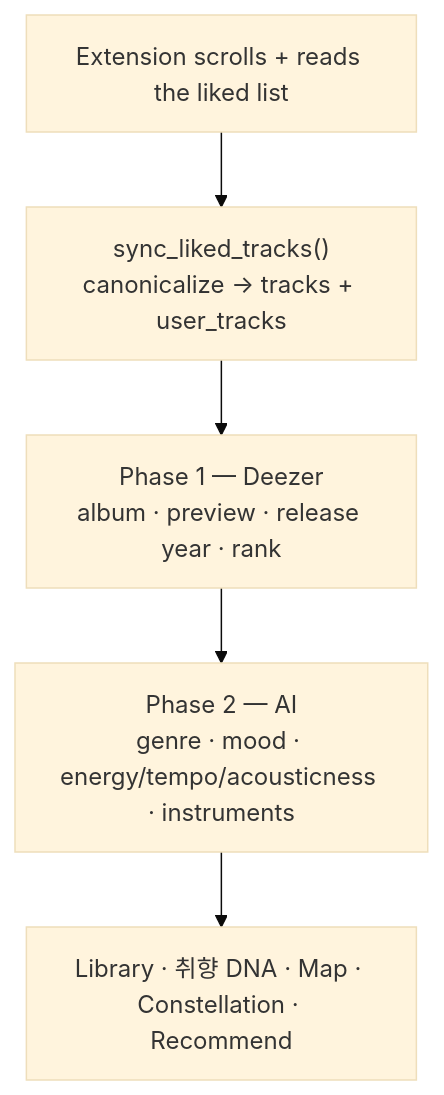
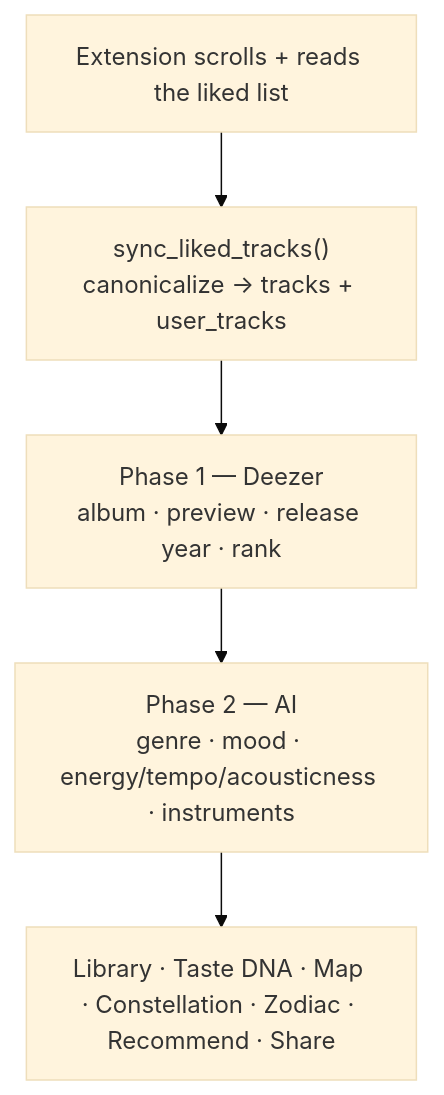
Before and after one commit to KKWANH/earprint: the second of 2 diagrams in README.md, drawn with Mermaid (base theme). The commit also changed other lines of this file and 4 other files, not shown here.

````diff
--- a/README.md
+++ b/README.md
@@ -96,7 +98,7 @@
 ```mermaid
 flowchart TD
   CAP["Extension scrolls + reads the liked list"] --> SYNC["sync_liked_tracks()<br/>canonicalize → tracks + user_tracks"]
   SYNC --> ENR["Phase 1 — Deezer<br/>album · preview · release year · rank"]
   ENR --> AI["Phase 2 — AI<br/>genre · mood · energy/tempo/acousticness · instruments"]
-  AI --> VIEWS["Library · 취향 DNA · Map · Constellation · Recommend"]
+  AI --> VIEWS["Library · Taste DNA · Map · Constellation · Zodiac · Recommend · Share"]
 ```
````
